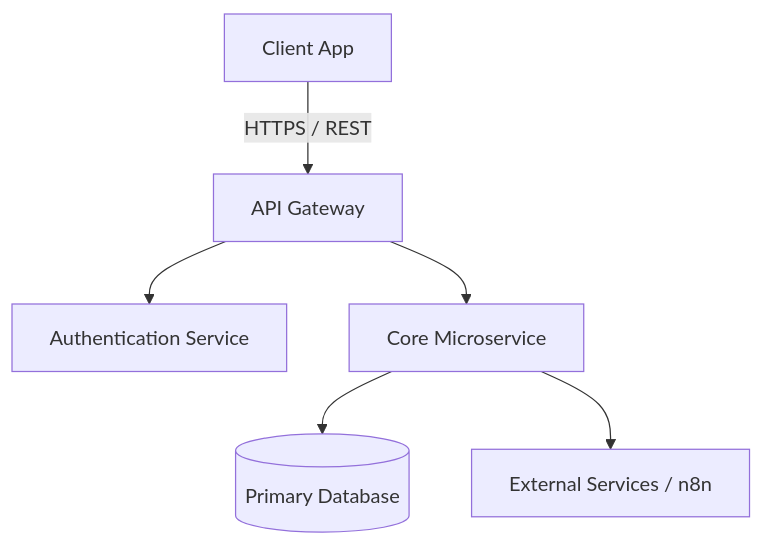
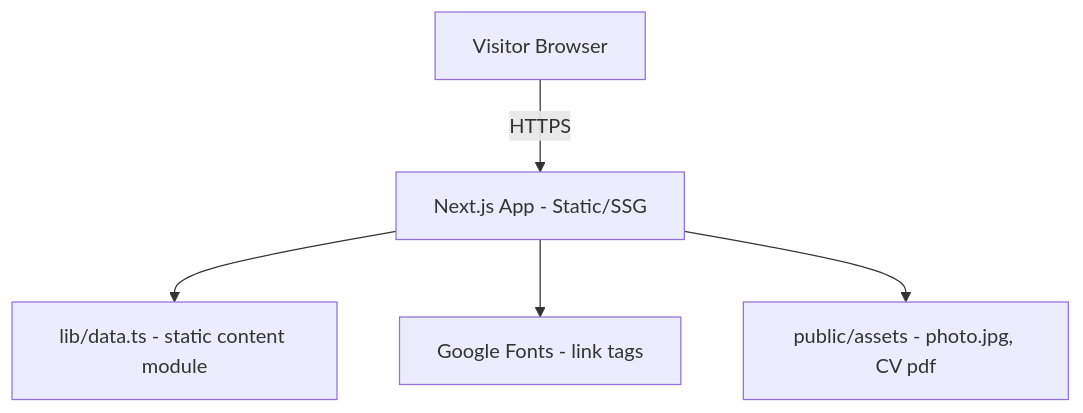
One commit to m-rizqi/mrizqi-portofolio-website changed the diagram in docs/pra-development/4-ARCHITECTURE.md. Above: the diagram before and after it, drawn with Mermaid. The commit also changed other lines of this file and 7 other files, not shown here.

````diff
--- a/docs/pra-development/4-ARCHITECTURE.md
+++ b/docs/pra-development/4-ARCHITECTURE.md
@@ -14,9 +9,7 @@
 ```mermaid
 graph TD
-    Client[Client App] -->|HTTPS / REST| API[API Gateway]
-    API --> Auth[Authentication Service]
-    API --> Core[Core Microservice]
-    Core --> DB[(Primary Database)]
-    Core --> External[External Services / n8n]
-
+    Visitor[Visitor Browser] -->|HTTPS| Next[Next.js App - Static/SSG]
+    Next --> Data[lib/data.ts - static content module]
+    Next --> Fonts[Google Fonts - link tags]
+    Next --> Assets[public/assets - photo.jpg, CV pdf]
 ```
````
